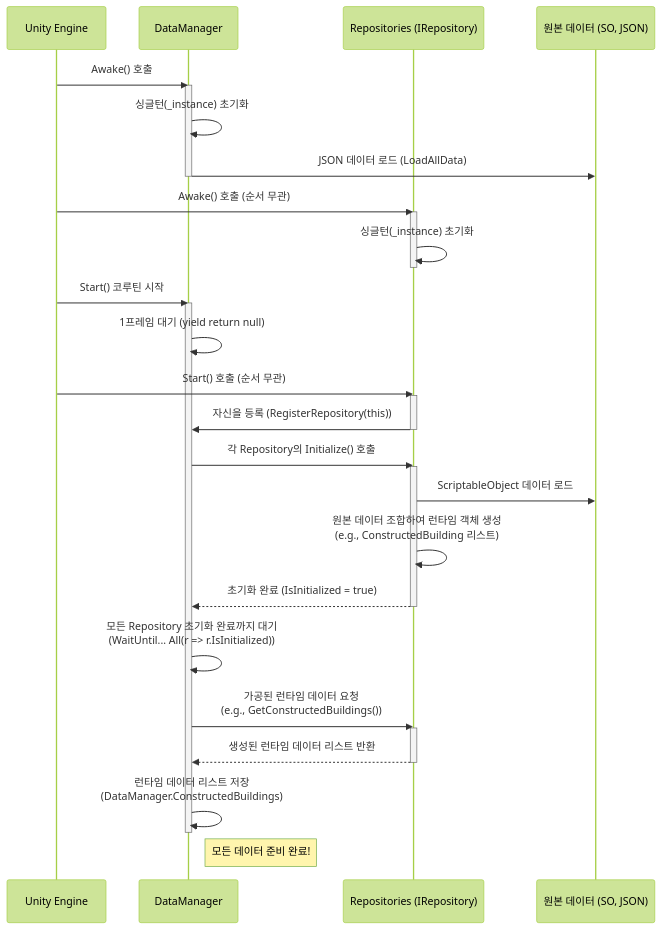
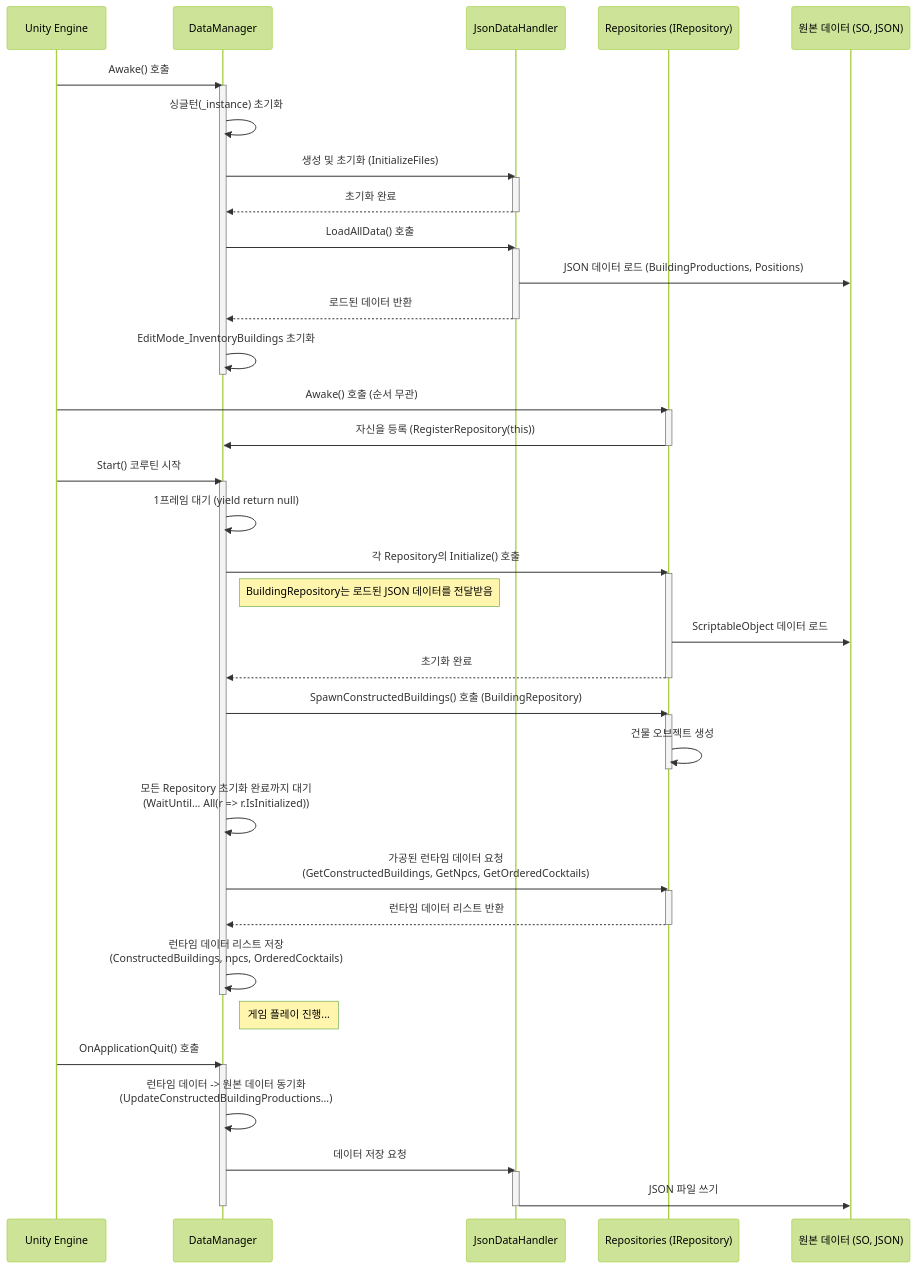
The diagram in Assets/Scripts/Merge/datamanager.mmd (hashtag-raccoon/Blood-On-the-Rock), drawn with Mermaid (forest theme) before and after one commit. The commit also changed 2 other files, not shown here.

Commit message:
flowchart update

```diff
--- a/Assets/Scripts/Merge/datamanager.mmd
+++ b/Assets/Scripts/Merge/datamanager.mmd
@@ -1,44 +1,65 @@
 sequenceDiagram
     participant UnityEngine as Unity Engine
     participant DataManager
+    participant JsonDataHandler
     participant Repositories as Repositories (IRepository)
     participant SO_JSON as 원본 데이터 (SO, JSON)
 
     UnityEngine->>DataManager: Awake() 호출
     activate DataManager
     DataManager->>DataManager: 싱글턴(_instance) 초기화
-    DataManager->>SO_JSON: JSON 데이터 로드 (LoadAllData)
+    DataManager->>JsonDataHandler: 생성 및 초기화 (InitializeFiles)
+    activate JsonDataHandler
+    JsonDataHandler-->>DataManager: 초기화 완료
+    deactivate JsonDataHandler
+    
+    DataManager->>JsonDataHandler: LoadAllData() 호출
+    activate JsonDataHandler
+    JsonDataHandler->>SO_JSON: JSON 데이터 로드 (BuildingProductions, Positions)
+    JsonDataHandler-->>DataManager: 로드된 데이터 반환
+    deactivate JsonDataHandler
+    
+    DataManager->>DataManager: EditMode_InventoryBuildings 초기화
     deactivate DataManager
 
     UnityEngine->>Repositories: Awake() 호출 (순서 무관)
     activate Repositories
-    Repositories->>Repositories: 싱글턴(_instance) 초기화
+    Repositories->>DataManager: 자신을 등록 (RegisterRepository(this))
     deactivate Repositories
 
     UnityEngine->>DataManager: Start() 코루틴 시작
     activate DataManager
     DataManager->>DataManager: 1프레임 대기 (yield return null)
 
-    UnityEngine->>Repositories: Start() 호출 (순서 무관)
+    DataManager->>Repositories: 각 Repository의 Initialize() 호출
     activate Repositories
-    Repositories->>DataManager: 자신을 등록 (RegisterRepository(this))
+    Note right of DataManager: BuildingRepository는 로드된 JSON 데이터를 전달받음
+    Repositories->>SO_JSON: ScriptableObject 데이터 로드
+    Repositories-->>DataManager: 초기화 완료
     deactivate Repositories
 
-    DataManager->>Repositories: 각 Repository의 Initialize() 호출
+    DataManager->>Repositories: SpawnConstructedBuildings() 호출 (BuildingRepository)
     activate Repositories
-    Repositories->>SO_JSON: ScriptableObject 데이터 로드
-    Repositories->>Repositories: 원본 데이터 조합하여 런타임 객체 생성<br/>(e.g., ConstructedBuilding 리스트)
-    Repositories-->>DataManager: 초기화 완료 (IsInitialized = true)
+    Repositories->>Repositories: 건물 오브젝트 생성
     deactivate Repositories
 
     DataManager->>DataManager: 모든 Repository 초기화 완료까지 대기<br/>(WaitUntil... All(r => r.IsInitialized))
     
-    DataManager->>Repositories: 가공된 런타임 데이터 요청<br/>(e.g., GetConstructedBuildings())
+    DataManager->>Repositories: 가공된 런타임 데이터 요청<br/>(GetConstructedBuildings, GetNpcs, GetOrderedCocktails)
     activate Repositories
-    Repositories-->>DataManager: 생성된 런타임 데이터 리스트 반환
+    Repositories-->>DataManager: 런타임 데이터 리스트 반환
     deactivate Repositories
     
-    DataManager->>DataManager: 런타임 데이터 리스트 저장<br/>(DataManager.ConstructedBuildings)
+    DataManager->>DataManager: 런타임 데이터 리스트 저장<br/>(ConstructedBuildings, npcs, OrderedCocktails)
     deactivate DataManager
 
-    Note right of DataManager: 모든 데이터 준비 완료!
+    Note right of DataManager: 게임 플레이 진행...
+
+    UnityEngine->>DataManager: OnApplicationQuit() 호출
+    activate DataManager
+    DataManager->>DataManager: 런타임 데이터 -> 원본 데이터 동기화<br/>(UpdateConstructedBuildingProductions...)
+    DataManager->>JsonDataHandler: 데이터 저장 요청
+    activate JsonDataHandler
+    JsonDataHandler->>SO_JSON: JSON 파일 쓰기
+    deactivate JsonDataHandler
+    deactivate DataManager
```
